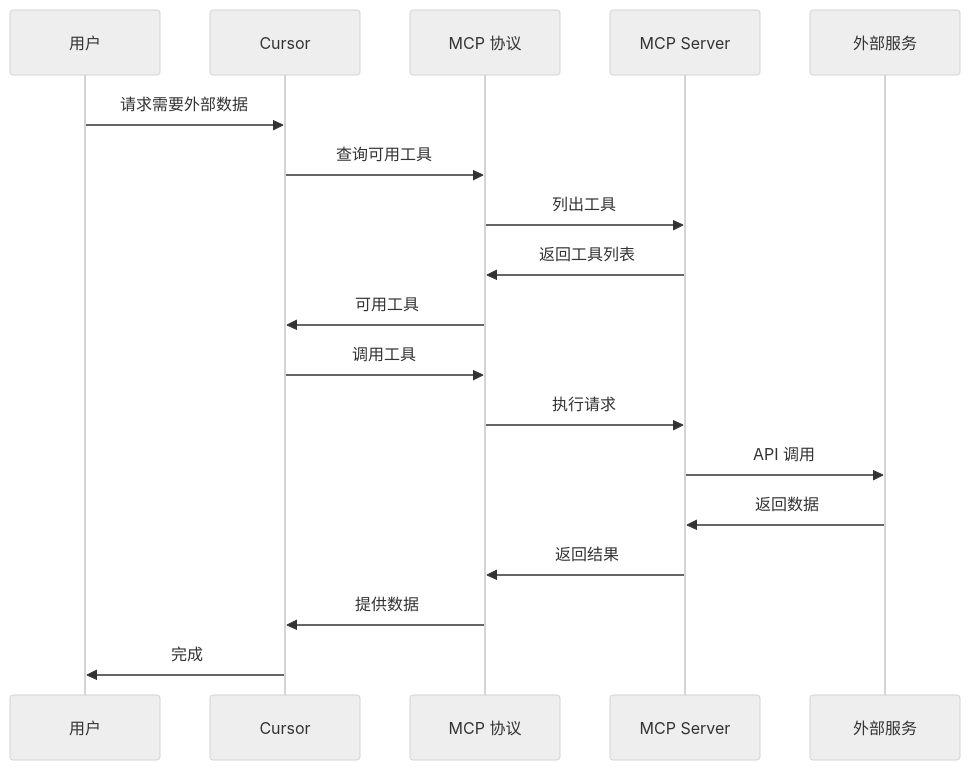
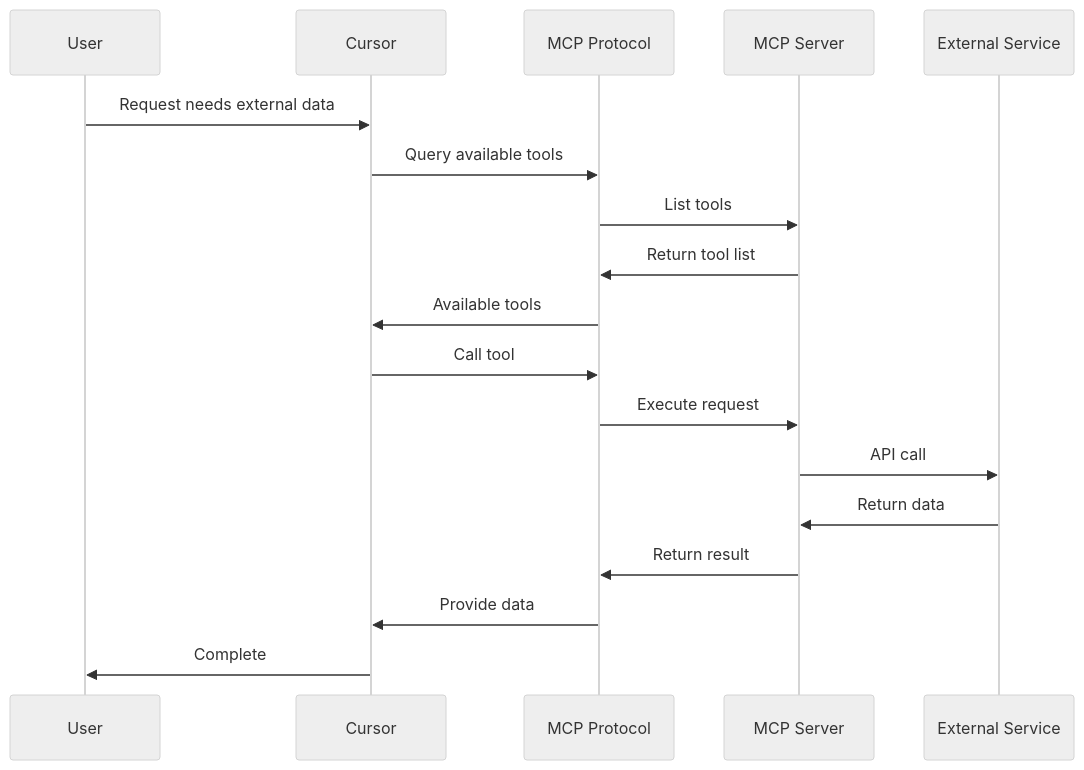
Before and after one commit to DDR187/cursor-howto: the third of 3 diagrams in 06-mcp/README.md, drawn with Mermaid (neutral theme). The commit also changed other lines of this file and 22 other files, not shown here.

````diff
--- a/06-mcp/README.md
+++ b/06-mcp/README.md
@@ -91,22 +91,22 @@
 ```mermaid
 sequenceDiagram
-    participant U as 用户
+    participant U as User
     participant C as Cursor
-    participant MCP as MCP 协议
+    participant MCP as MCP Protocol
     participant S as MCP Server
-    participant E as 外部服务
+    participant E as External Service
     
-    U->>C: 请求需要外部数据
-    C->>MCP: 查询可用工具
-    MCP->>S: 列出工具
-    S->>MCP: 返回工具列表
-    MCP->>C: 可用工具
+    U->>C: Request needs external data
+    C->>MCP: Query available tools
+    MCP->>S: List tools
+    S->>MCP: Return tool list
+    MCP->>C: Available tools
     
-    C->>MCP: 调用工具
-    MCP->>S: 执行请求
-    S->>E: API 调用
-    E->>S: 返回数据
-    S->>MCP: 返回结果
-    MCP->>C: 提供数据
-    C->>U: 完成
+    C->>MCP: Call tool
+    MCP->>S: Execute request
+    S->>E: API call
+    E->>S: Return data
+    S->>MCP: Return result
+    MCP->>C: Provide data
+    C->>U: Complete
 ```
````
